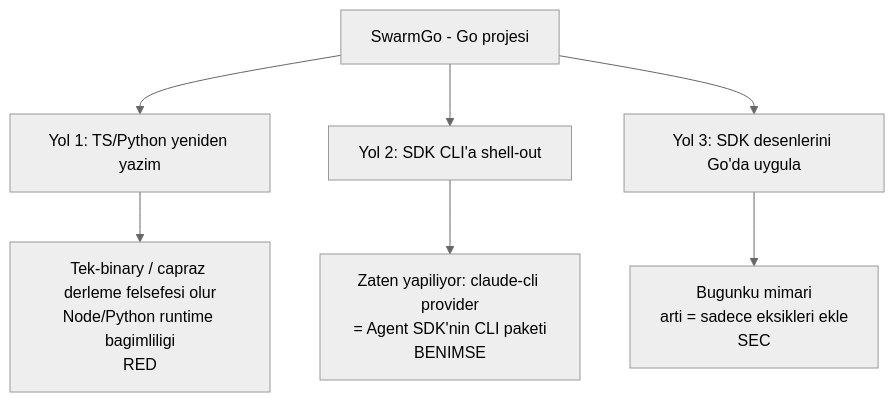
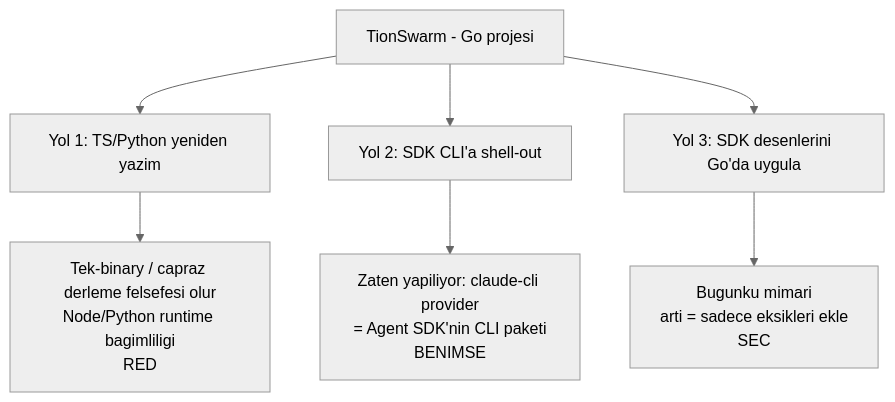
The diagram in _Docs/09-CLAUDE-AGENT-SDK.md (bilal-arikan/tionharness), drawn with Mermaid (neutral theme) before and after one commit. The commit also changed other lines of this file and 433 other files, not shown here.

First line of the commit message:
refactor: rename SwarmGo -> TionSwarm across code, docs, skills

````diff
--- a/_Docs/09-CLAUDE-AGENT-SDK.md
+++ b/_Docs/09-CLAUDE-AGENT-SDK.md
@@ -42,9 +42,9 @@
 ```mermaid
 graph TD
-    A[SwarmGo - Go projesi] --> B[Yol 1: TS/Python yeniden yazim]
+    A[TionSwarm - Go projesi] --> B[Yol 1: TS/Python yeniden yazim]
     A --> C[Yol 2: SDK CLI'a shell-out]
     A --> D[Yol 3: SDK desenlerini Go'da uygula]
     B --> B1[Tek-binary / capraz derleme felsefesi olur<br/>Node/Python runtime bagimliligi<br/>RED]
     C --> C1[Zaten yapiliyor: claude-cli provider<br/>= Agent SDK'nin CLI paketi<br/>BENIMSE]
     D --> D1[Bugunku mimari<br/>arti = sadece eksikleri ekle<br/>SEC]
 ```
````
